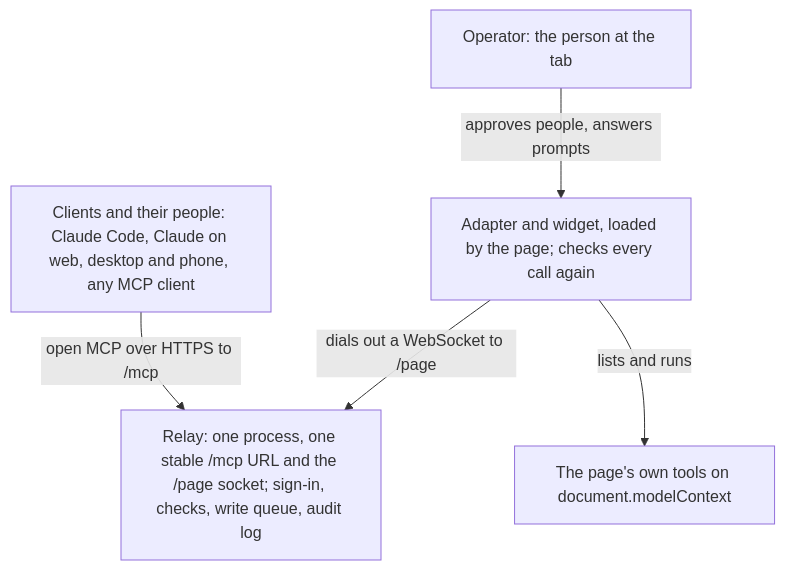
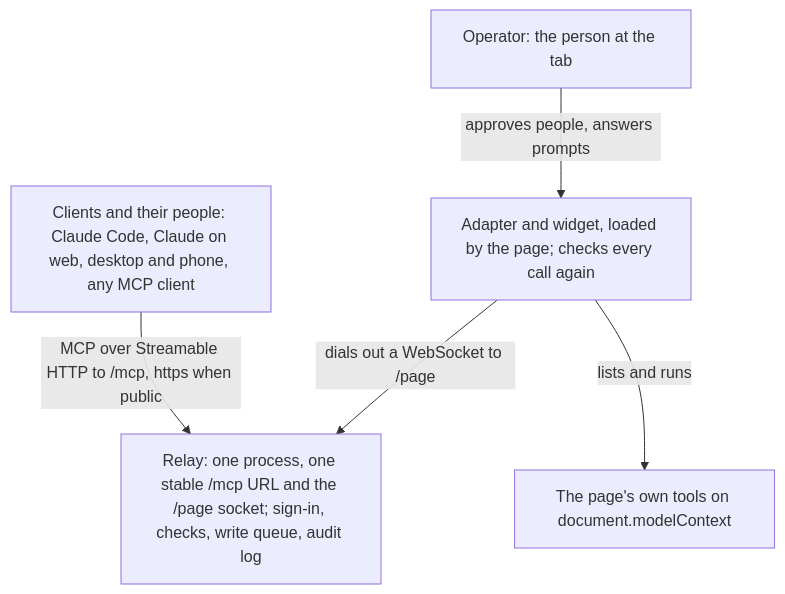
Before and after one commit to PaulMRamirez/tabdock: the diagram in README.md, drawn with Mermaid. The commit also changed other lines of this file and 26 other files, not shown here.

````diff
--- a/README.md
+++ b/README.md
@@ -11,12 +13,12 @@
 ```mermaid
 flowchart TB
   clients["Clients and their people: Claude Code, Claude on web, desktop and phone, any MCP client"]
   relay["Relay: one process, one stable /mcp URL and the /page socket; sign-in, checks, write queue, audit log"]
   adapter["Adapter and widget, loaded by the page; checks every call again"]
   tools["The page's own tools on document.modelContext"]
   operator["Operator: the person at the tab"]
-  clients -->|"open MCP over HTTPS to /mcp"| relay
+  clients -->|"MCP over Streamable HTTP to /mcp, https when public"| relay
   adapter -->|"dials out a WebSocket to /page"| relay
   adapter -->|"lists and runs"| tools
   operator -->|"approves people, answers prompts"| adapter
 ```
````
